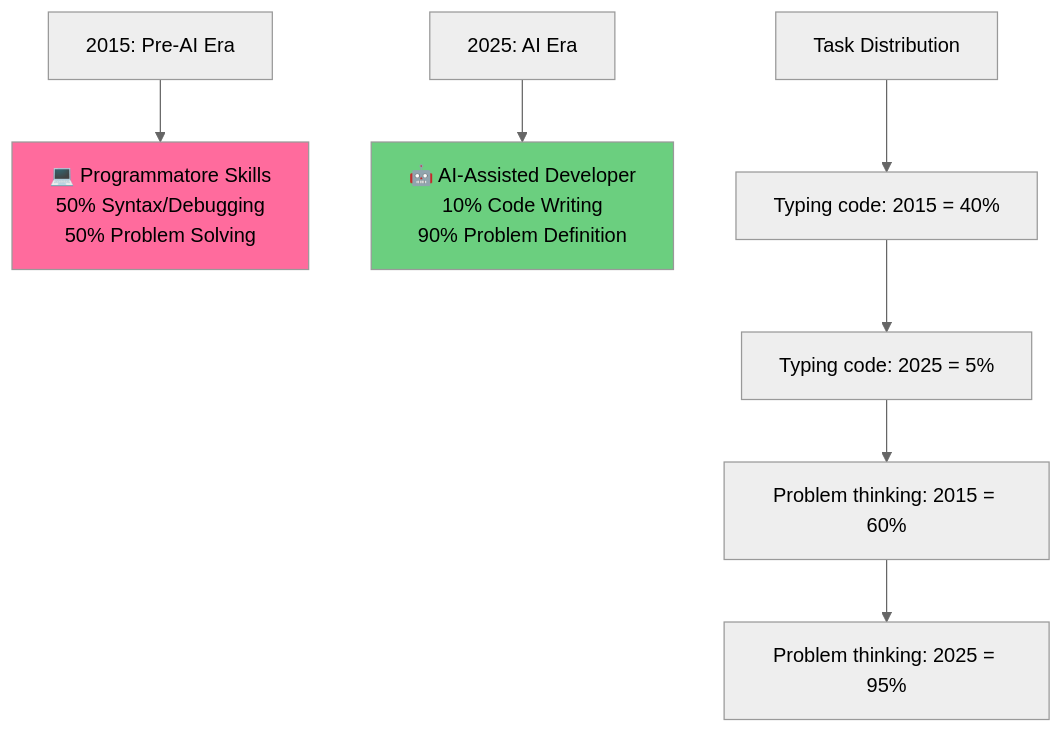
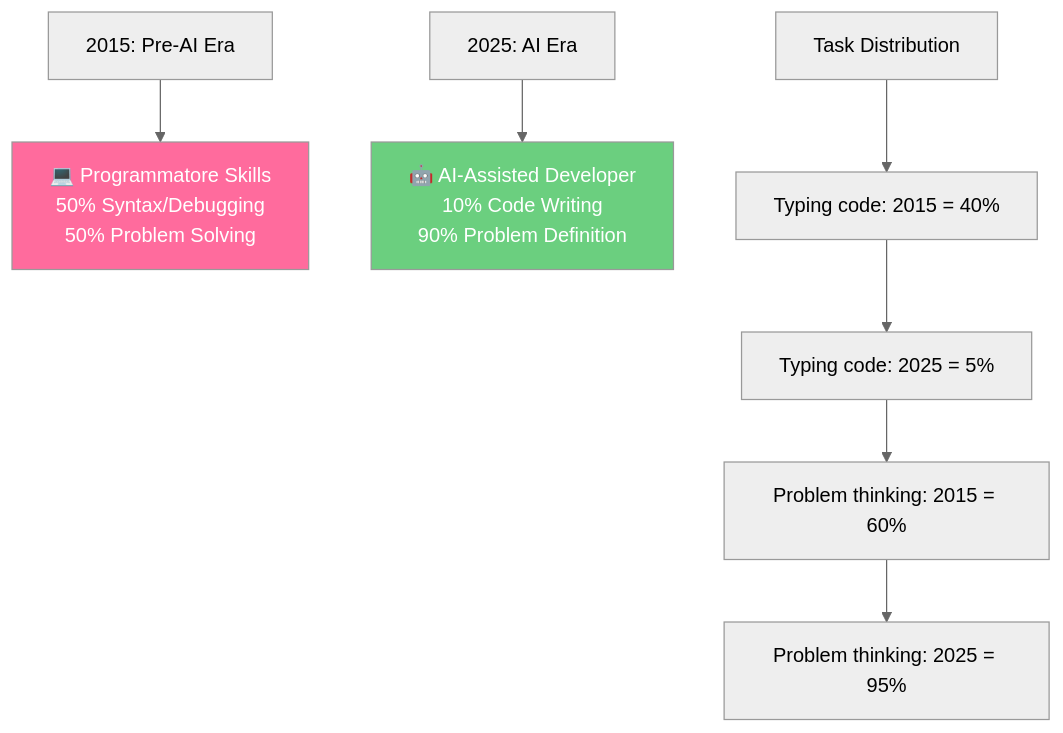
Before and after one commit to federicodiluca/federicodiluca.github.io: the diagram in src/content/blog/programmazione-ia-oggi.md, drawn with Mermaid (neutral theme). The commit also changed 10 other files, not shown here.

First line of the commit message:
fix: improve Mermaid diagram text colors for accessibility

````diff
--- a/src/content/blog/programmazione-ia-oggi.md
+++ b/src/content/blog/programmazione-ia-oggi.md
@@ -62,13 +62,13 @@
 ```mermaid
 graph TD
     A["2015: Pre-AI Era"] --> B["💻 Programmatore Skills<br/>50% Syntax/Debugging<br/>50% Problem Solving"]
     C["2025: AI Era"] --> D["🤖 AI-Assisted Developer<br/>10% Code Writing<br/>90% Problem Definition"]
     
     E["Task Distribution"] --> E1["Typing code: 2015 = 40%"]
     E1 --> E2["Typing code: 2025 = 5%"]
     E2 --> E3["Problem thinking: 2015 = 60%"]
     E3 --> E4["Problem thinking: 2025 = 95%"]
     
-    style B fill:#ff6b9d
-    style D fill:#6bcf7f
+    style B fill:#ff6b9d,color:#fff
+    style D fill:#6bcf7f,color:#fff
 ```
````
